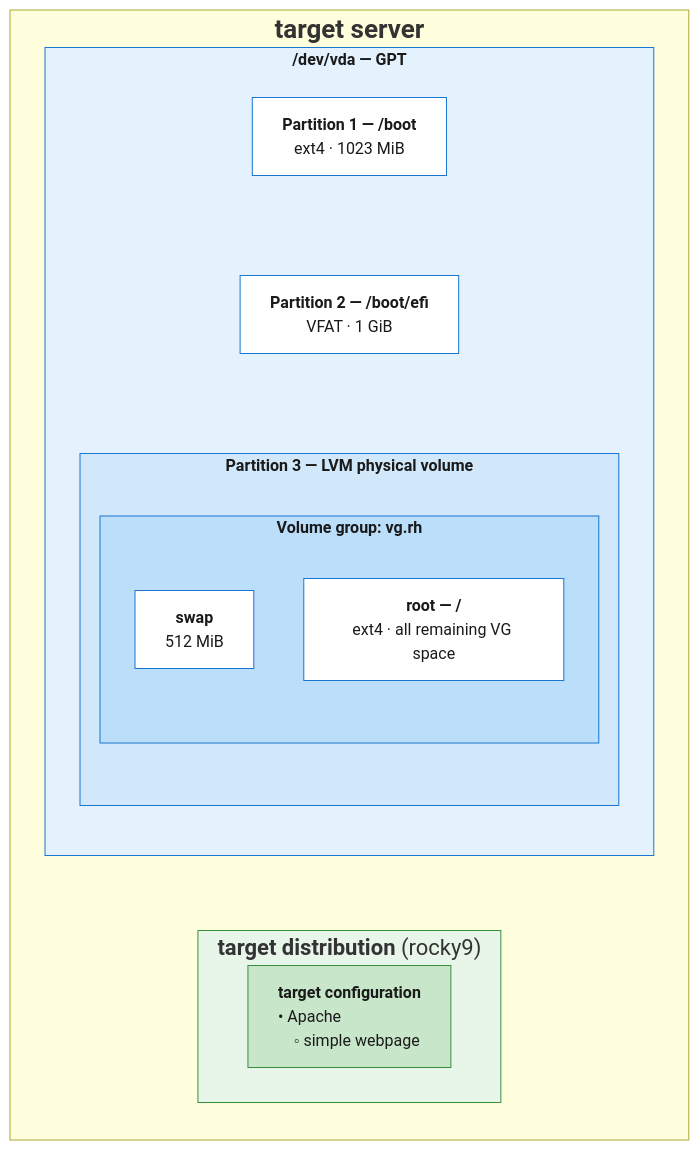
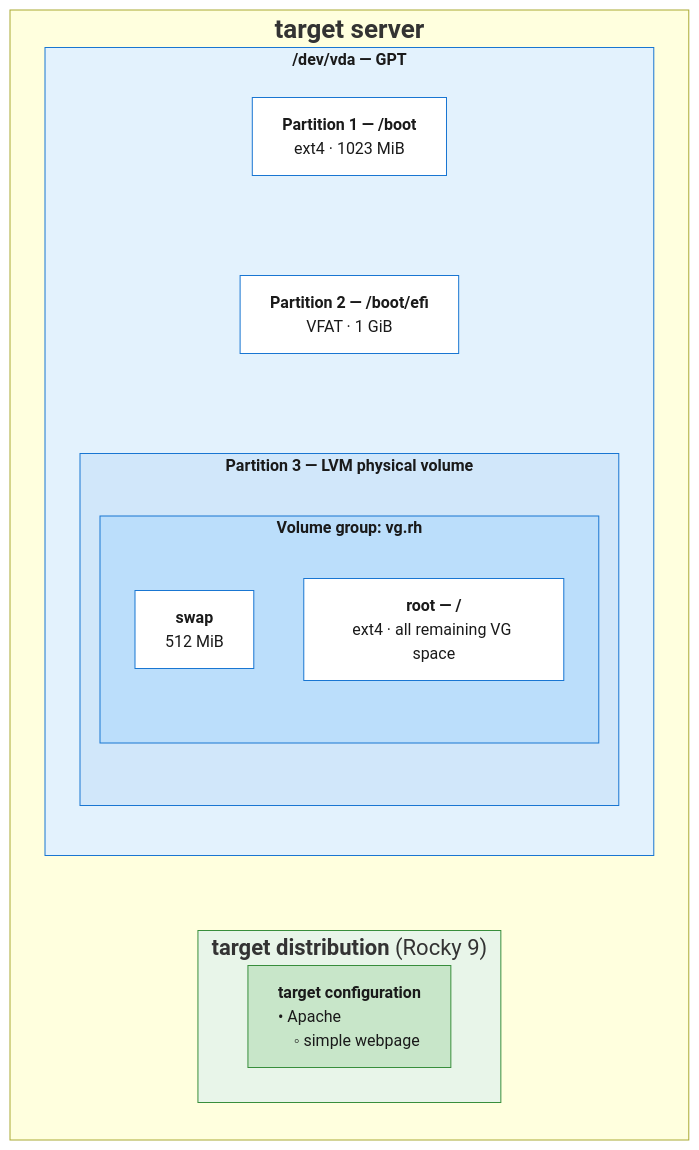
The diagram in docs/introduction.md (Geertsky/tuxifier-playbook), drawn with Mermaid before and after one commit. The commit also changed other lines of this file, not shown here.

````diff
--- a/docs/introduction.md
+++ b/docs/introduction.md
@@ -4,43 +12,43 @@
 ```mermaid
 flowchart TB
     subgraph server["<span style='font-size:26px'><b>target server</b></span>"]
         direction TB
 
         subgraph disk["<b>/dev/vda — GPT</b>"]
             direction TB
 
             boot["<b>Partition 1 — /boot</b><br/>ext4 · 1023 MiB"]
             efi["<b>Partition 2 — /boot/efi</b><br/>VFAT · 1 GiB"]
 
             subgraph partition3["<b>Partition 3 — LVM physical volume</b>"]
                 direction TB
 
                 subgraph vg["<b>Volume group: vg.rh</b>"]
                     direction TB
                     swap["<b>swap</b><br/>512 MiB"]
                     root["<b>root — /</b><br/>ext4 · all remaining VG space"]
                 end
             end
 
             boot ~~~ efi
             efi ~~~ partition3
         end
 
-        subgraph distribution["<span style='font-size:22px'><b>target distribution</b> (rocky9)</span>"]
+        subgraph distribution["<span style='font-size:22px'><b>target distribution</b> (Rocky 9)</span>"]
             configuration["<b>target configuration</b><br/><div style='text-align:left'>• Apache<br/>&nbsp;&nbsp;&nbsp;&nbsp;◦ simple webpage</div>"]
         end
 
         disk ~~~ distribution
     end
     style disk fill:#E3F2FD,stroke:#1976D2,color:#1A1A1A
     style partition3 fill:#D1E7FA,stroke:#1976D2,color:#1A1A1A
     style vg fill:#BBDEFB,stroke:#1976D2,color:#1A1A1A
 
     style boot fill:#FFFFFF,stroke:#1976D2,color:#1A1A1A
     style efi fill:#FFFFFF,stroke:#1976D2,color:#1A1A1A
     style swap fill:#FFFFFF,stroke:#1976D2,color:#1A1A1A
     style root fill:#FFFFFF,stroke:#1976D2,color:#1A1A1A
 
     style distribution fill:#E8F5E9,stroke:#388E3C,color:#1A1A1A
     style configuration fill:#C8E6C9,stroke:#388E3C,color:#1A1A1A
 ```
````
